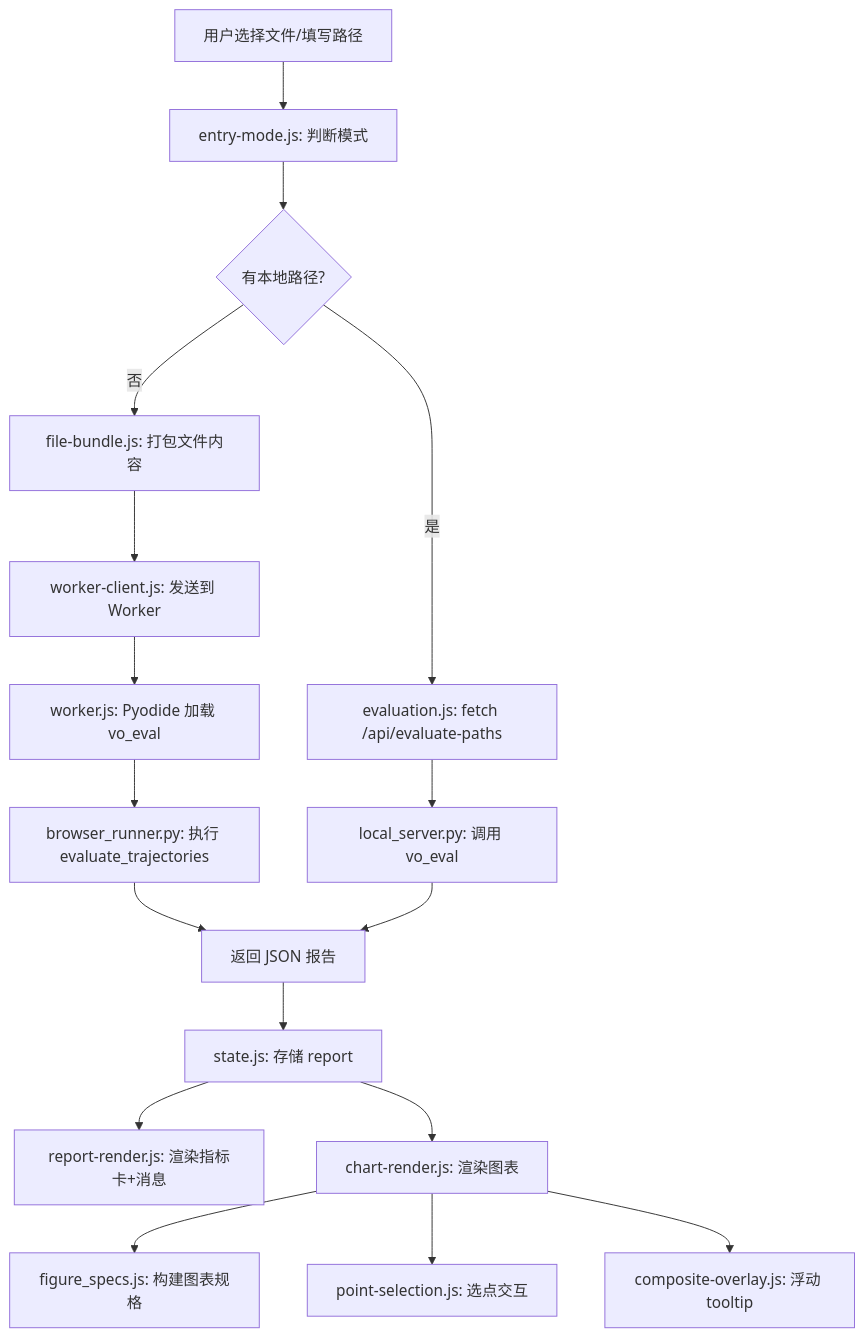
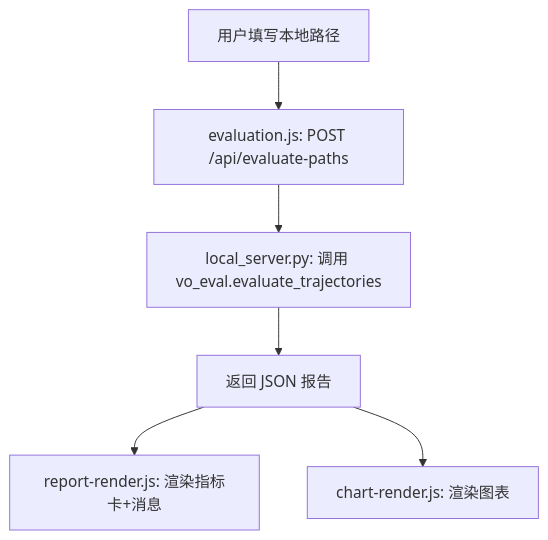
One commit to wymmust/vo-evaluation-system changed the first of 5 diagrams in static_web/ARCHITECTURE.md. Above: the diagram before and after it, drawn with Mermaid. The commit also changed other lines of this file and 27 other files, not shown here.

First line of the commit message:
refactor!: 移除 Pyodide WASM 运行时，切换为本地 HTTP 服务器 API

````diff
--- a/static_web/ARCHITECTURE.md
+++ b/static_web/ARCHITECTURE.md
@@ -56,19 +53,8 @@
 ```mermaid
 flowchart TD
-    A[用户选择文件/填写路径] --> B[entry-mode.js: 判断模式]
-    B --> C{有本地路径?}
-    C -->|否| D[file-bundle.js: 打包文件内容]
-    D --> E[worker-client.js: 发送到 Worker]
-    E --> F[worker.js: Pyodide 加载 vo_eval]
-    F --> G[browser_runner.py: 执行 evaluate_trajectories]
-    G --> H[返回 JSON 报告]
-    H --> I[state.js: 存储 report]
-    I --> J[report-render.js: 渲染指标卡+消息]
-    I --> K[chart-render.js: 渲染图表]
-    K --> L[figure_specs.js: 构建图表规格]
-    K --> M[point-selection.js: 选点交互]
-    K --> N[composite-overlay.js: 浮动 tooltip]
-    C -->|是| O[evaluation.js: fetch /api/evaluate-paths]
-    O --> P[local_server.py: 调用 vo_eval]
-    P --> H
+    A[用户填写本地路径] --> B[evaluation.js: POST /api/evaluate-paths]
+    B --> C[local_server.py: 调用 vo_eval.evaluate_trajectories]
+    C --> D[返回 JSON 报告]
+    D --> E[report-render.js: 渲染指标卡+消息]
+    D --> F[chart-render.js: 渲染图表]
 ```
````
